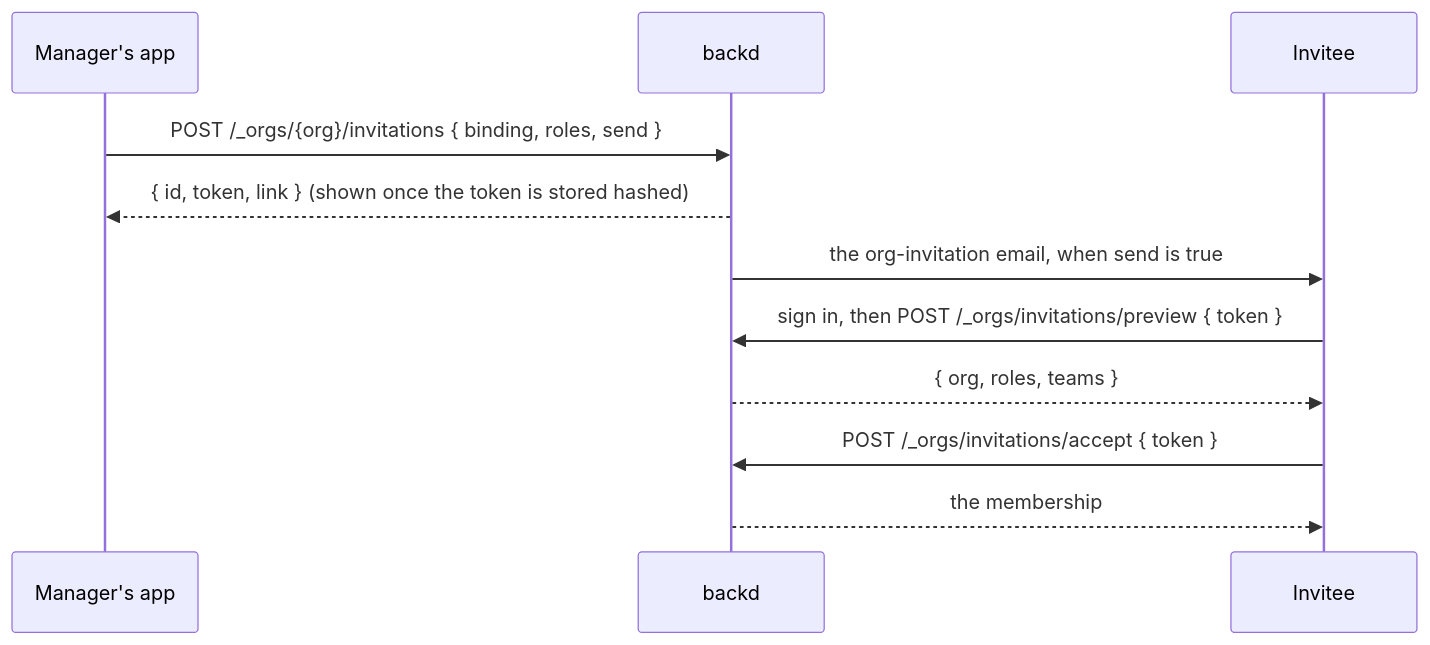
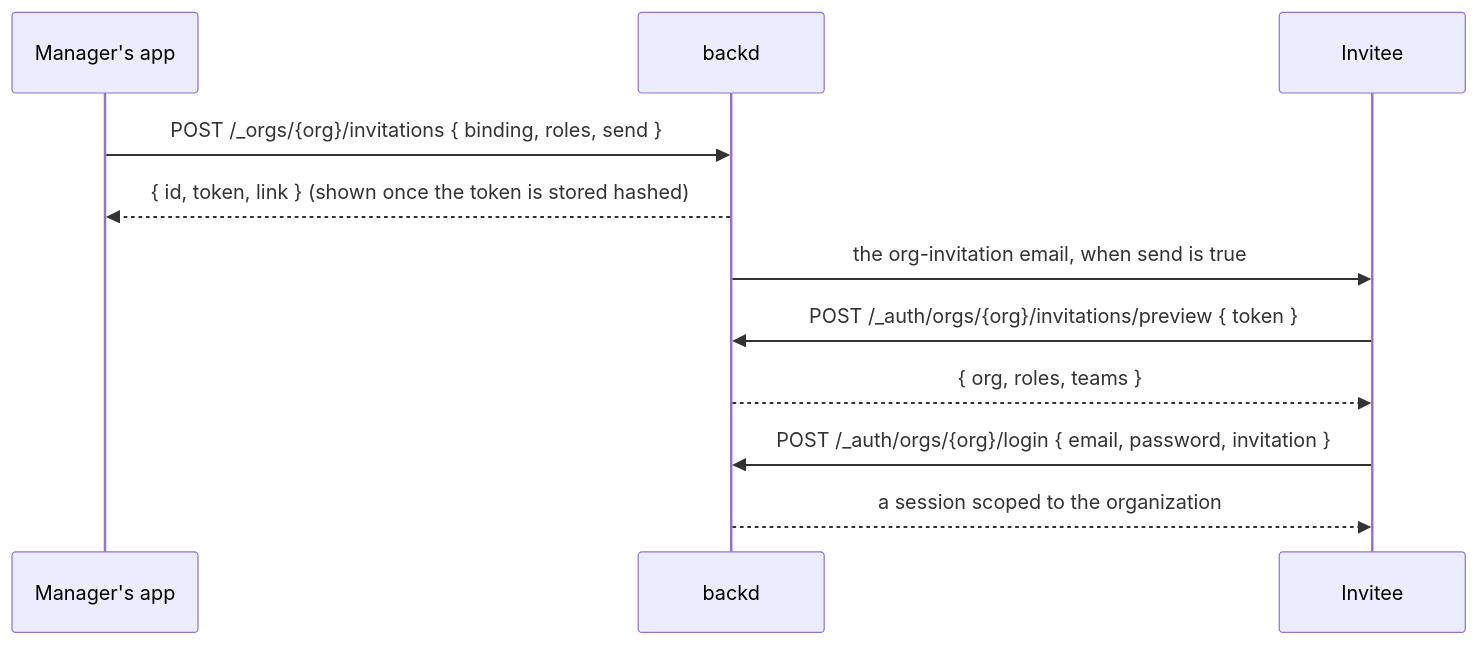
The second of 3 diagrams in docs/content/docs/build/organizations/_index.md (fernandezvara/backd), drawn with Mermaid before and after one commit. The commit also changed other lines of this file and 119 other files, not shown here.

First line of the commit message:
Scoped sessions: every session belongs to one organization (34.2)

````diff
--- a/docs/content/docs/build/organizations/_index.md
+++ b/docs/content/docs/build/organizations/_index.md
@@ -101,13 +101,13 @@
 ```mermaid
 sequenceDiagram
     participant M as Manager's app
     participant B as backd
     participant P as Invitee
     M->>B: POST /_orgs/{org}/invitations { binding, roles, send }
     B-->>M: { id, token, link } (shown once the token is stored hashed)
     B->>P: the org-invitation email, when send is true
-    P->>B: sign in, then POST /_orgs/invitations/preview { token }
+    P->>B: POST /_auth/orgs/{org}/invitations/preview { token }
     B-->>P: { org, roles, teams }
-    P->>B: POST /_orgs/invitations/accept { token }
-    B-->>P: the membership
+    P->>B: POST /_auth/orgs/{org}/login { email, password, invitation }
+    B-->>P: a session scoped to the organization
 ```
````
